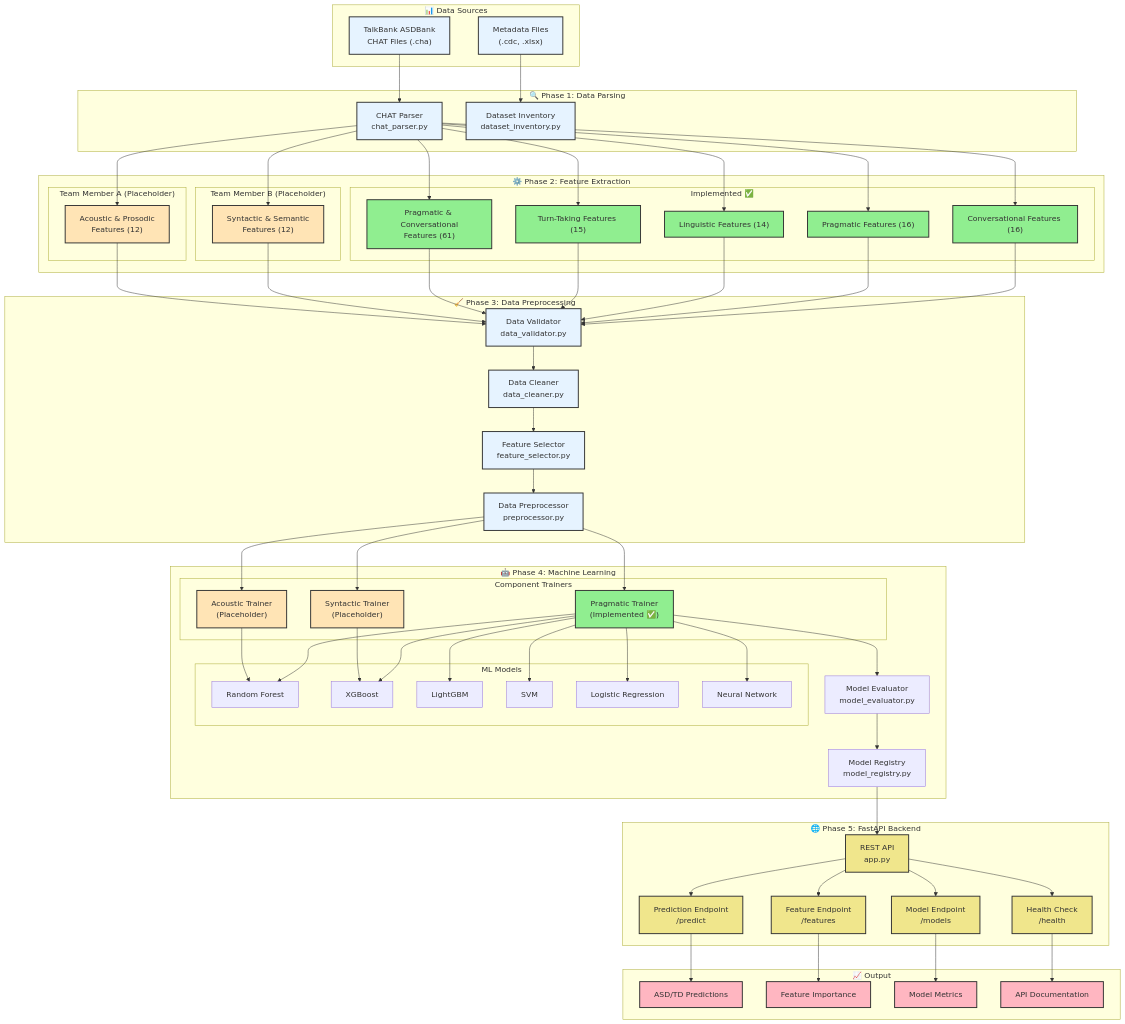
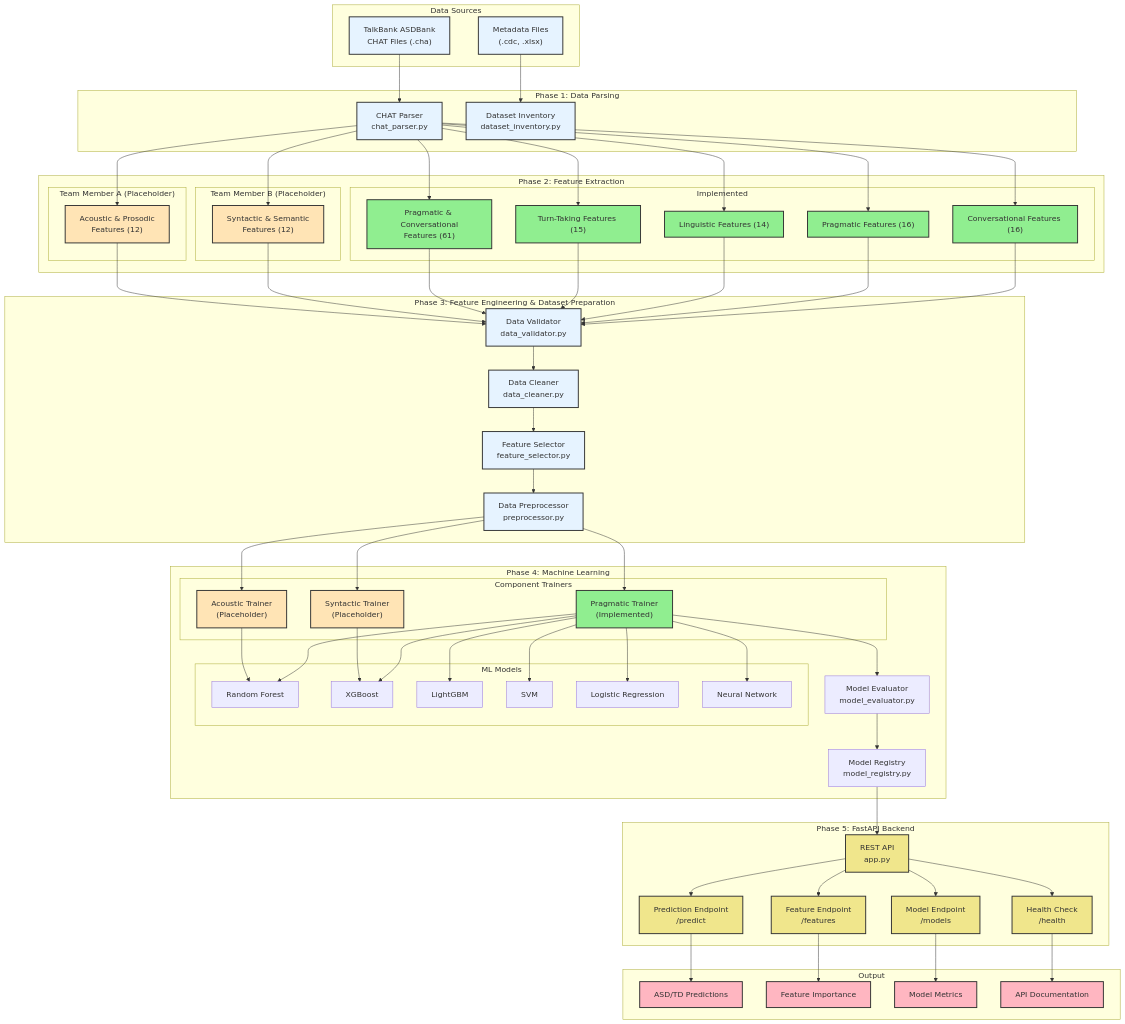
The first of 2 diagrams in README.md (Bimidu/Artistic.), drawn with Mermaid before and after one commit. The commit also changed other lines of this file and 4 other files, not shown here.

Commit message:
system diagram

````diff
--- a/README.md
+++ b/README.md
@@ -17,26 +17,26 @@
 ```mermaid
 graph TB
     %% Data Input Layer
-    subgraph "📊 Data Sources"
+    subgraph "Data Sources"
         A["TalkBank ASDBank<br/>CHAT Files (.cha)"]
         B["Metadata Files<br/>(.cdc, .xlsx)"]
     end
     
     %% Phase 1: Data Parsing
-    subgraph "🔍 Phase 1: Data Parsing"
+    subgraph "Phase 1: Data Parsing"
         C["CHAT Parser<br/>chat_parser.py"]
         D["Dataset Inventory<br/>dataset_inventory.py"]
     end
     
     %% Phase 2: Feature Extraction
-    subgraph "⚙️ Phase 2: Feature Extraction"
+    subgraph "Phase 2: Feature Extraction"
         subgraph "Team Member A (Placeholder)"
             E1["Acoustic & Prosodic<br/>Features (12)"]
         end
         subgraph "Team Member B (Placeholder)"
             E2["Syntactic & Semantic<br/>Features (12)"]
         end
-        subgraph "Implemented ✅"
+        subgraph "Implemented"
             E3["Pragmatic & Conversational<br/>Features (61)"]
             E4["Turn-Taking Features (15)"]
             E5["Linguistic Features (14)"]
@@ -46,7 +46,7 @@
     end
     
     %% Phase 3: Preprocessing
-    subgraph "🧹 Phase 3: Data Preprocessing"
+    subgraph "Phase 3: Feature Engineering & Dataset Preparation"
         F1["Data Validator<br/>data_validator.py"]
         F2["Data Cleaner<br/>data_cleaner.py"]
         F3["Feature Selector<br/>feature_selector.py"]
@@ -54,11 +54,11 @@
     end
     
     %% Phase 4: Model Training
-    subgraph "🤖 Phase 4: Machine Learning"
+    subgraph "Phase 4: Machine Learning"
         subgraph "Component Trainers"
             G1["Acoustic Trainer<br/>(Placeholder)"]
             G2["Syntactic Trainer<br/>(Placeholder)"]
-            G3["Pragmatic Trainer<br/>(Implemented ✅)"]
+            G3["Pragmatic Trainer<br/>(Implemented)"]
         end
         subgraph "ML Models"
             H1["Random Forest"]
@@ -73,7 +73,7 @@
     end
     
     %% Phase 5: API Layer
-    subgraph "🌐 Phase 5: FastAPI Backend"
+    subgraph "Phase 5: FastAPI Backend"
         I1["REST API<br/>app.py"]
         I2["Prediction Endpoint<br/>/predict"]
         I3["Feature Endpoint<br/>/features"]
@@ -82,7 +82,7 @@
     end
     
     %% Output Layer
-    subgraph "📈 Output"
+    subgraph "Output"
         J1["ASD/TD Predictions"]
         J2["Feature Importance"]
         J3["Model Metrics"]
````
